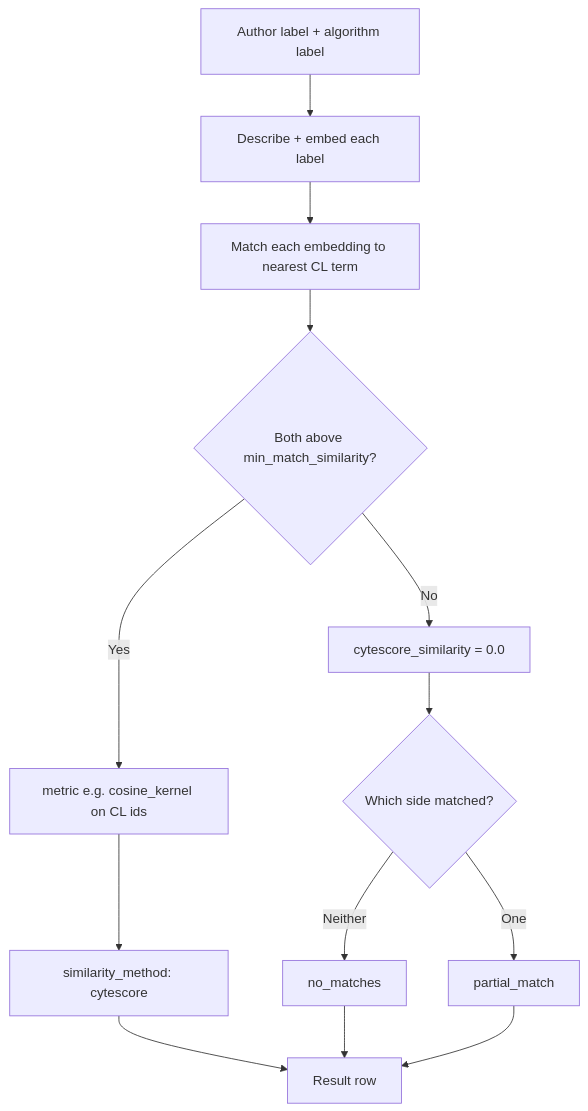
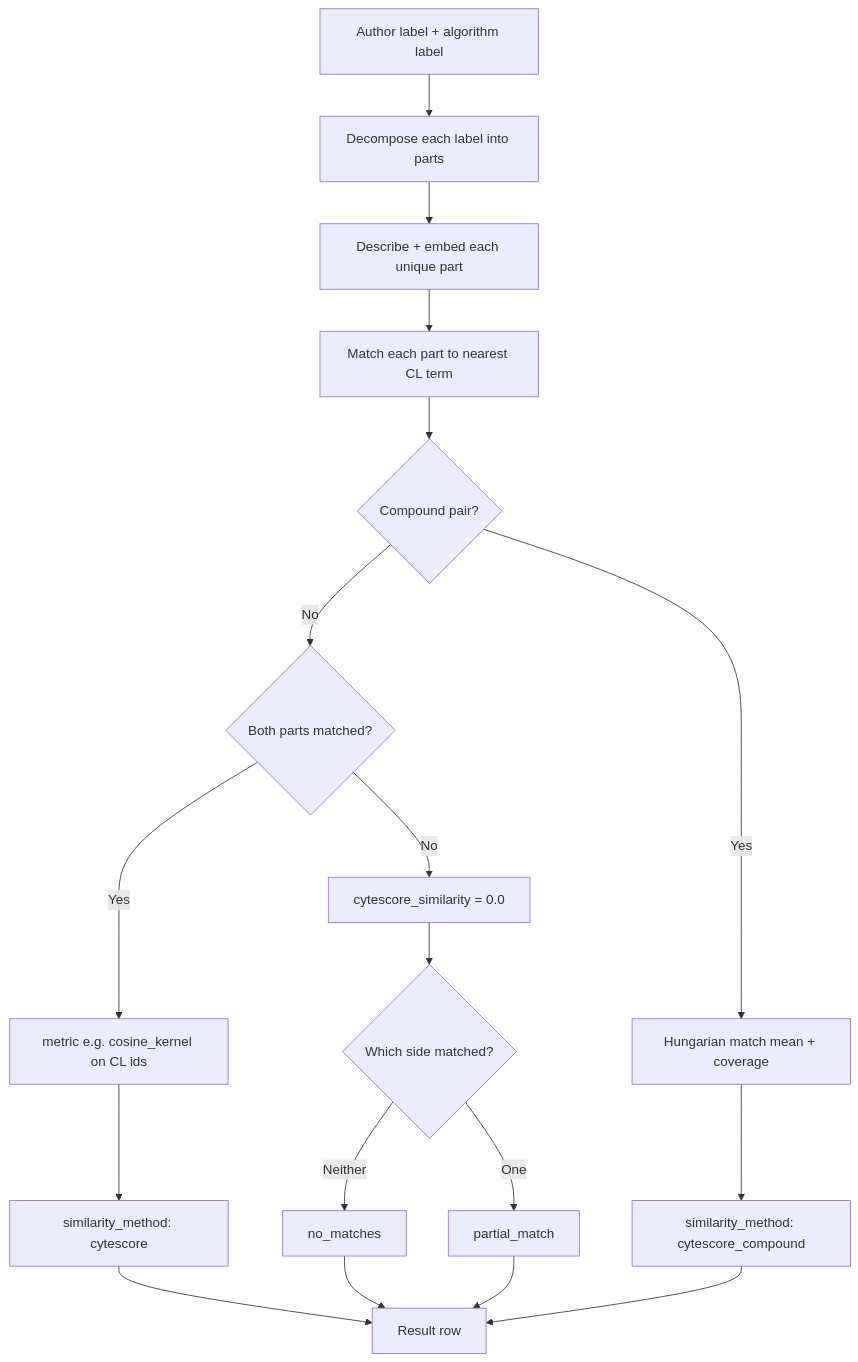
Before and after one commit to NygenAnalytics/CyteOnto: the second of 2 diagrams in docs/WORKFLOW.md, drawn with Mermaid. The commit also changed other lines of this file and 19 other files, not shown here.

First line of the commit message:
Compound Label (#47)

````diff
--- a/docs/WORKFLOW.md
+++ b/docs/WORKFLOW.md
@@ -102,18 +123,23 @@
 ```mermaid
 flowchart TD
-    A["Author label + algorithm label"] --> B["Describe + embed each label"]
-    B --> C["Match each embedding to nearest CL term"]
+    A["Author label + algorithm label"] --> B["Decompose each label into parts"]
+    B --> C["Describe + embed each unique part"]
+    C --> D["Match each part to nearest CL term"]
 
-    C --> D{"Both above min_match_similarity?"}
-    D -->|Yes| E["metric e.g. cosine_kernel on CL ids"]
-    D -->|No| F["cytescore_similarity = 0.0"]
+    D --> E{"Compound pair?"}
+    E -->|No| F{"Both parts matched?"}
+    F -->|Yes| G["metric e.g. cosine_kernel on CL ids"]
+    F -->|No| H["cytescore_similarity = 0.0"]
+    G --> I["similarity_method: cytescore"]
+    H --> J{"Which side matched?"}
+    J -->|Neither| K["no_matches"]
+    J -->|One| L["partial_match"]
 
-    E --> G["similarity_method: cytescore"]
-    F --> H{"Which side matched?"}
-    H -->|Neither| I["no_matches"]
-    H -->|One| J["partial_match"]
+    E -->|Yes| M["Hungarian match mean + coverage"]
+    M --> N["similarity_method: cytescore_compound"]
 
-    G --> K["Result row"]
-    I --> K
-    J --> K
+    I --> O["Result row"]
+    K --> O
+    L --> O
+    N --> O
 ```
````
